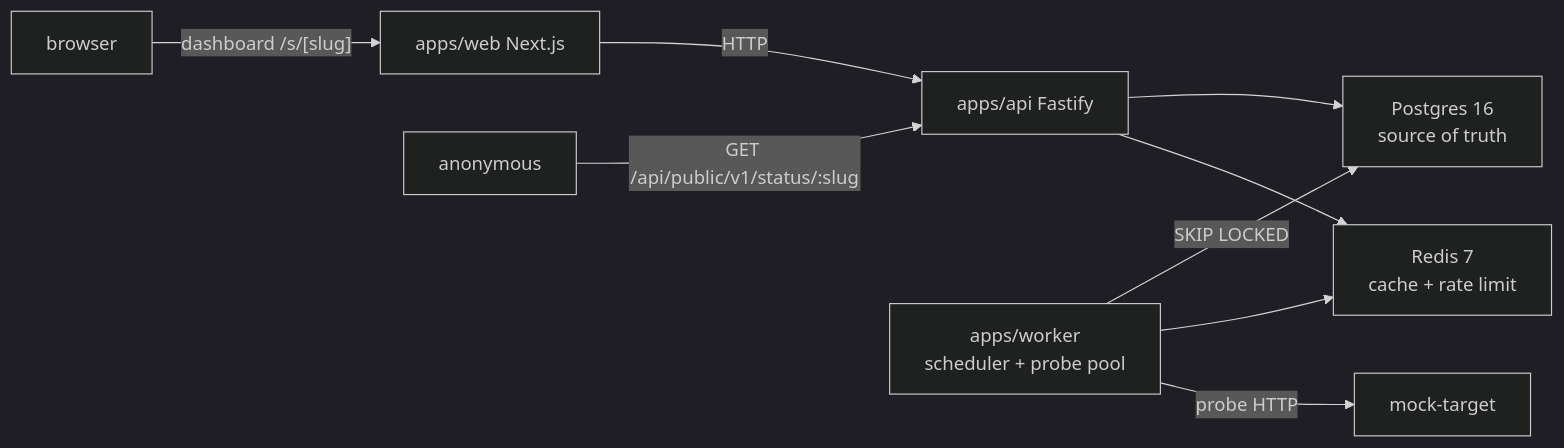
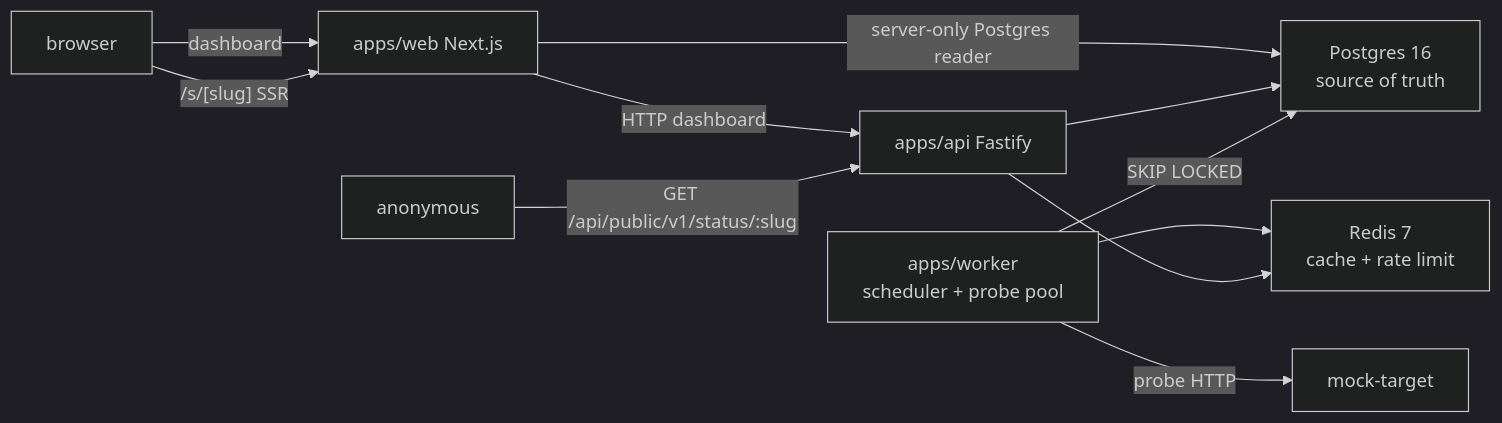
The diagram in README.md (drkwv34/beacon-watch), drawn with Mermaid (dark theme) before and after one commit. The commit also changed other lines of this file and 26 other files, not shown here.

First line of the commit message:
feat: restore public status SSR and HTTP 404

````diff
--- a/README.md
+++ b/README.md
@@ -93,11 +93,13 @@
 ```mermaid
 flowchart LR
-  browser -->|"dashboard /s/[slug]"| web["apps/web Next.js"]
-  web -->|HTTP| api["apps/api Fastify"]
+  browser -->|"dashboard"| web["apps/web Next.js"]
+  browser -->|"/s/[slug] SSR"| web
+  web -->|HTTP dashboard| api["apps/api Fastify"]
+  web -->|server-only Postgres reader| pg["Postgres 16\nsource of truth"]
   anon["anonymous"] -->|"GET /api/public/v1/status/:slug"| api
-  api --> pg["Postgres 16\nsource of truth"]
+  api --> pg
   worker["apps/worker\nscheduler + probe pool"] -->|"SKIP LOCKED"| pg
   worker --> redis["Redis 7\ncache + rate limit"]
   api --> redis
   worker -->|"probe HTTP"| mock["mock-target"]
 ```
````
